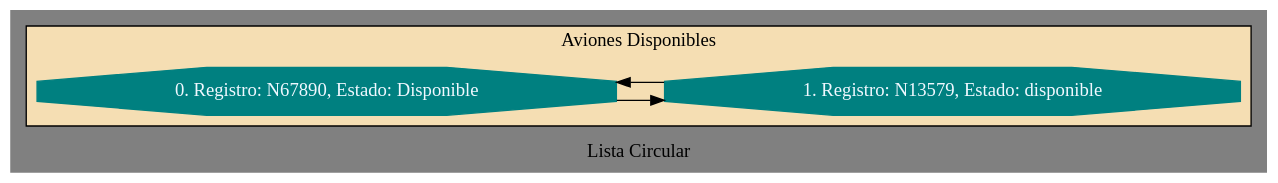
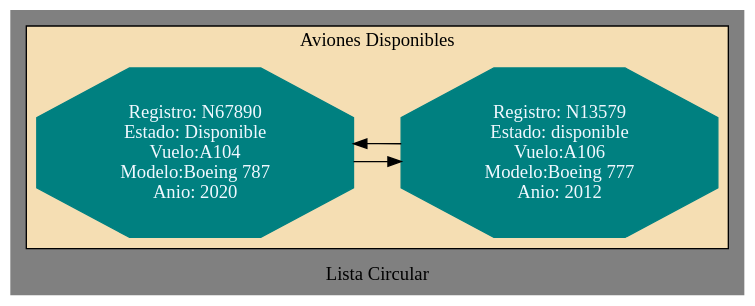
Before and after one commit to Edwinhndz/201807124_EDD_Practica: the diagram in grafica_AvionesD.dot, drawn with Graphviz. The commit also changed 16 other files, not shown here.

First line of the commit message:
correciónes en graphviz

```diff
--- a/grafica_AvionesD.dot
+++ b/grafica_AvionesD.dot
@@ -1,11 +1,19 @@
 digraph G { 
 rankdir = LR;
 label="Lista Circular";bgcolor=grey 
 subgraph cluster_top_floor{
 bgcolor=wheat; 
 label="Aviones Disponibles";
-nodo0[ shape=octagon , fontcolor=aliceblue , style=filled,color=teal, label=" 0. Registro: N67890, Estado: Disponible"]
-nodo1[ shape=octagon , fontcolor=aliceblue , style=filled,color=teal, label=" 1. Registro: N13579, Estado: disponible"]
+nodo0[ shape=octagon, fontcolor=aliceblue , style=filled,color=teal, label="Registro: N67890
+Estado: Disponible
+Vuelo:A104
+Modelo:Boeing 787
+Anio: 2020"]
+nodo1[ shape=octagon, fontcolor=aliceblue , style=filled,color=teal, label="Registro: N13579
+Estado: disponible
+Vuelo:A106
+Modelo:Boeing 777
+Anio: 2012"]
 nodo0 -> nodo1 -> nodo0;
 }
 }
```
